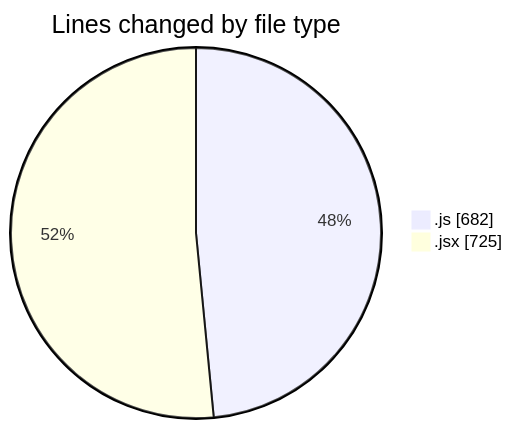
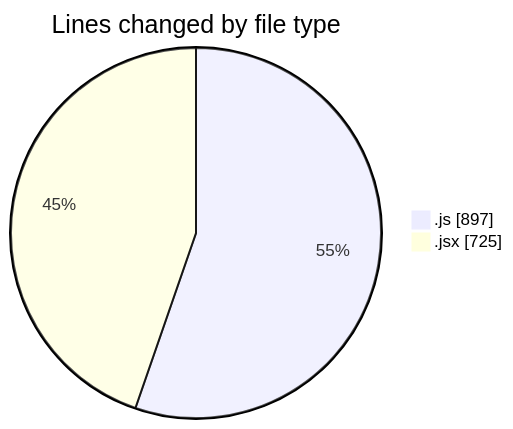
One commit to nxtqubesakshisongat/code-tracking changed the first of 2 diagrams in 2025-05-29/nxtqube_webapp/README.md. Above: the diagram before and after it, drawn with Mermaid. The commit also changed other lines of this file and 1 other file, not shown here.

````diff
--- a/2025-05-29/nxtqube_webapp/README.md
+++ b/2025-05-29/nxtqube_webapp/README.md
@@ -32,6 +32,6 @@
 ```mermaid
 pie showData
 title Lines changed by file type
-".js" : 682
+".js" : 897
 ".jsx" : 725
 ```
````
